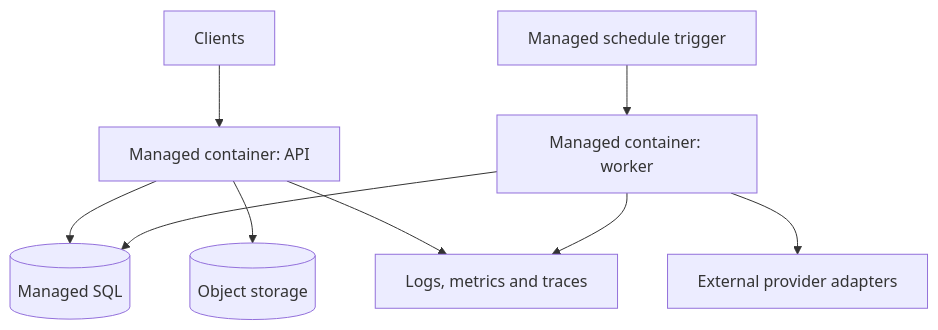
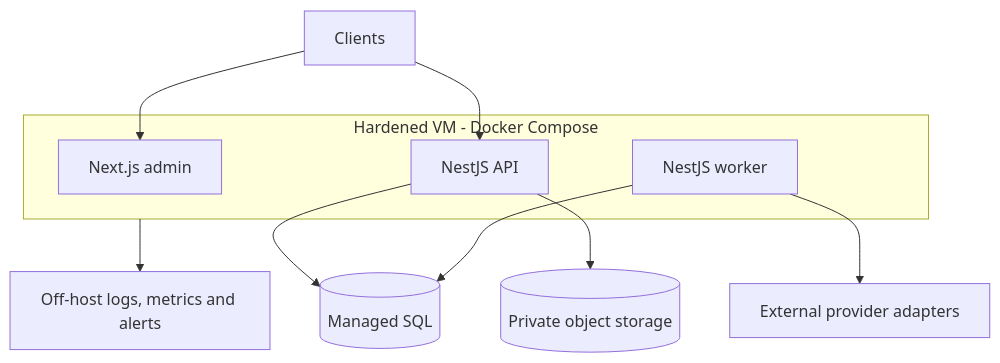
One commit to nuhin13/Workflow changed the eighth of 13 diagrams in workspace/plan/03-technical/tech-plan.md. Above: the diagram before and after it, drawn with Mermaid. The commit also changed other lines of this file and 13 other files, not shown here.

````diff
--- a/workspace/plan/03-technical/tech-plan.md
+++ b/workspace/plan/03-technical/tech-plan.md
@@ -314,11 +320,15 @@
 ```mermaid
 flowchart TB
-  Users[Clients] --> API[Managed container: API]
-  Schedule[Managed schedule trigger] --> Worker[Managed container: worker]
+  Users[Clients] --> Admin
+  Users --> API
+  subgraph Host[Hardened VM - Docker Compose]
+    Admin[Next.js admin]
+    API[NestJS API]
+    Worker[NestJS worker]
+  end
   API --> SQL[(Managed SQL)]
   Worker --> SQL
-  API --> Storage[(Object storage)]
+  API --> Storage[(Private object storage)]
   Worker --> Provider[External provider adapters]
-  API --> Obs[Logs, metrics and traces]
-  Worker --> Obs
+  Host --> Obs[Off-host logs, metrics and alerts]
 ```
````
